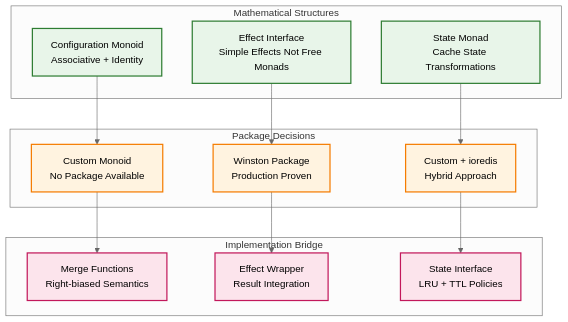
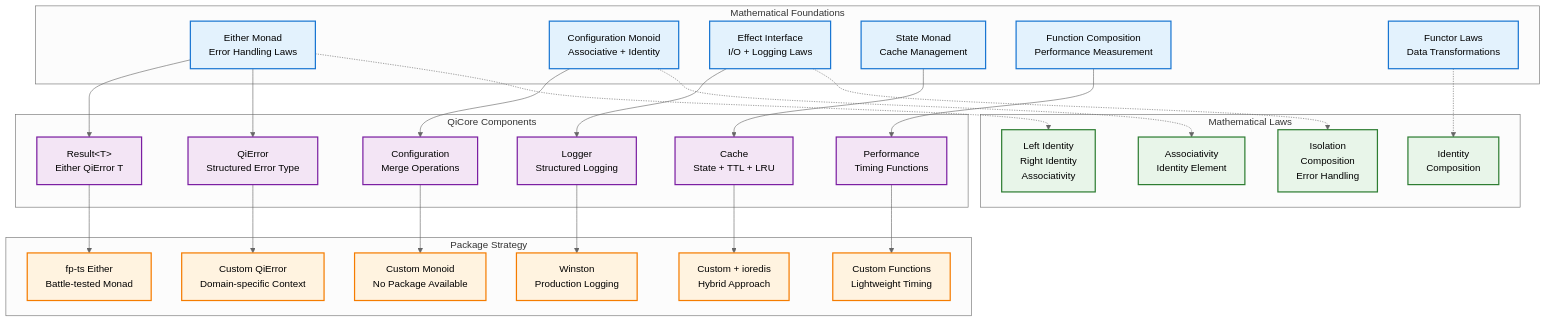
The second of 5 diagrams in docs/qi/core/design/architecture.md (zhifengzhang-sz/QICORE-V4), drawn with Mermaid (neutral theme) before and after one commit. The commit also changed other lines of this file and 165 other files, not shown here.

````diff
--- a/docs/qi/core/design/architecture.md
+++ b/docs/qi/core/design/architecture.md
@@ -75,36 +89,65 @@
 ```mermaid
 graph TD
-    subgraph MathStructures["Mathematical Structures"]
+    subgraph MathFoundations["Mathematical Foundations"]
+        Either["Either Monad<br/>Error Handling Laws"]
         Monoid["Configuration Monoid<br/>Associative + Identity"]
-        Effect["Effect Interface<br/>Simple Effects Not Free Monads"]
-        State["State Monad<br/>Cache State Transformations"]
+        Effect["Effect Interface<br/>I/O + Logging Laws"]
+        State["State Monad<br/>Cache Management"]
+        Function["Function Composition<br/>Performance Measurement"]
+        Functor["Functor Laws<br/>Data Transformations"]
     end
     
-    subgraph PackageDecisions["Package Decisions"]
-        MonoidImpl["Custom Monoid<br/>No Package Available"]
-        EffectImpl["Winston Package<br/>Production Proven"]
-        StateImpl["Custom + ioredis<br/>Hybrid Approach"]
+    subgraph Components["QiCore Components"]
+        Result["Result&lt;T&gt;<br/>Either QiError T"]
+        QiError["QiError<br/>Structured Error Type"]
+        Config["Configuration<br/>Merge Operations"]
+        Logger["Logger<br/>Structured Logging"]
+        Cache["Cache<br/>State + TTL + LRU"]
+        Performance["Performance<br/>Timing Functions"]
     end
     
-    subgraph ImplBridge["Implementation Bridge"]
-        MonoidBridge["Merge Functions<br/>Right-biased Semantics"]
-        EffectBridge["Effect Wrapper<br/>Result Integration"]
-        StateBridge["State Interface<br/>LRU + TTL Policies"]
+    subgraph PackageStrategy["Package Strategy"]
+        FpTs["fp-ts Either<br/>Battle-tested Monad"]
+        CustomMonoid["Custom Monoid<br/>No Package Available"]
+        Winston["Winston<br/>Production Logging"]
+        CustomCache["Custom + ioredis<br/>Hybrid Approach"]
+        CustomPerf["Custom Functions<br/>Lightweight Timing"]
+        CustomError["Custom QiError<br/>Domain-specific Context"]
     end
     
-    Monoid --> MonoidImpl
-    Effect --> EffectImpl
-    State --> StateImpl
+    subgraph Laws["Mathematical Laws"]
+        MonadLaws["Left Identity<br/>Right Identity<br/>Associativity"]
+        MonoidLaws["Associativity<br/>Identity Element"]
+        EffectLaws["Isolation<br/>Composition<br/>Error Handling"]
+        FunctorLaws["Identity<br/>Composition"]
+    end
     
-    MonoidImpl --> MonoidBridge
-    EffectImpl --> EffectBridge
-    StateImpl --> StateBridge
+    Either --> Result
+    Either --> QiError
+    Monoid --> Config
+    Effect --> Logger
+    State --> Cache
+    Function --> Performance
     
-    classDef math fill:#e8f5e9,stroke:#2e7d32,stroke-width:2px
+    Result --> FpTs
+    QiError --> CustomError
+    Config --> CustomMonoid
+    Logger --> Winston
+    Cache --> CustomCache
+    Performance --> CustomPerf
+    
+    Either -.-> MonadLaws
+    Monoid -.-> MonoidLaws
+    Effect -.-> EffectLaws
+    Functor -.-> FunctorLaws
+    
+    classDef math fill:#e3f2fd,stroke:#1976d2,stroke-width:2px
+    classDef component fill:#f3e5f5,stroke:#7b1fa2,stroke-width:2px
     classDef package fill:#fff3e0,stroke:#f57c00,stroke-width:2px
-    classDef bridge fill:#fce4ec,stroke:#c2185b,stroke-width:2px
+    classDef laws fill:#e8f5e9,stroke:#2e7d32,stroke-width:2px
     
-    class Monoid,Effect,State math
-    class MonoidImpl,EffectImpl,StateImpl package
-    class MonoidBridge,EffectBridge,StateBridge bridge
+    class Either,Monoid,Effect,State,Function,Functor math
+    class Result,QiError,Config,Logger,Cache,Performance component
+    class FpTs,CustomMonoid,Winston,CustomCache,CustomPerf,CustomError package
+    class MonadLaws,MonoidLaws,EffectLaws,FunctorLaws laws
 ```
````
